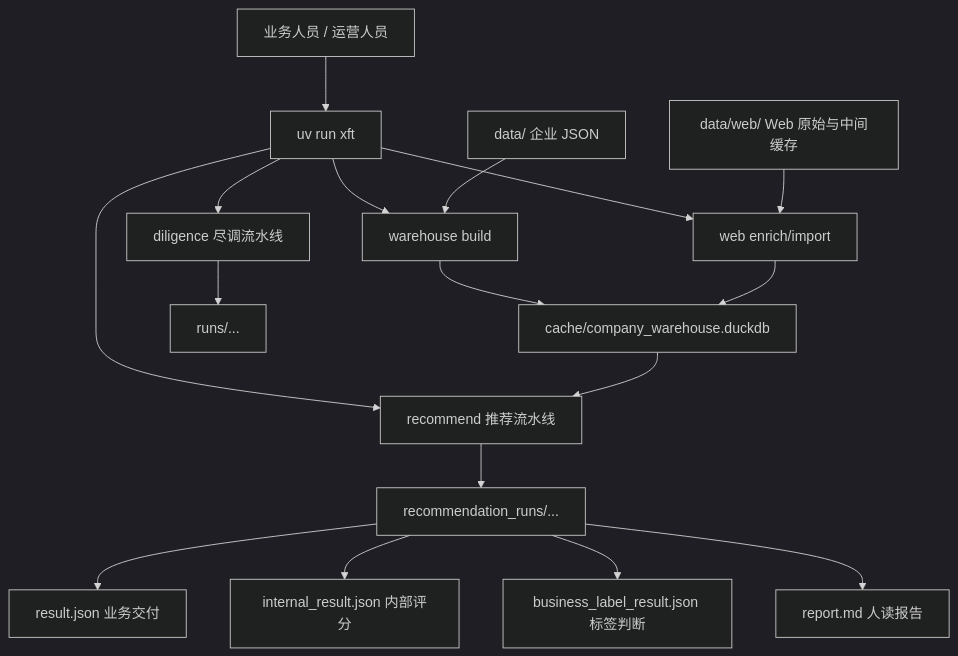
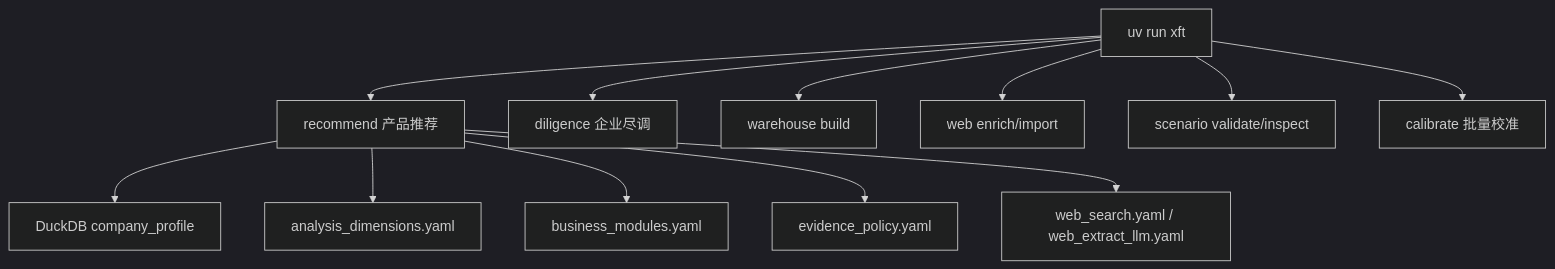
Before and after one commit to leeing/xft-dd: the first of 4 diagrams in docs/ARCHITECTURE.md, drawn with Mermaid (dark theme). The commit also changed other lines of this file and 42 other files, not shown here.

````diff
--- a/docs/ARCHITECTURE.md
+++ b/docs/ARCHITECTURE.md
@@ -21,24 +7,15 @@
 ```mermaid
 flowchart TB
-    user["业务人员 / 运营人员"] --> cli["uv run xft <command>"]
+    cli["uv run xft"] --> recommend["recommend 产品推荐"]
+    cli --> diligence["diligence 企业尽调"]
+    cli --> warehouse["warehouse build"]
+    cli --> web["web enrich/import"]
+    cli --> scenario["scenario validate/inspect"]
+    cli --> calibrate["calibrate 批量校准"]
 
-    cli --> wh["warehouse build"]
-    cli --> rec["recommend 推荐流水线"]
-    cli --> web["web enrich/import"]
-    cli --> dd["diligence 尽调流水线"]
-
-    data["data/ 企业 JSON"] --> wh
-    wh --> duck["cache/company_warehouse.duckdb"]
-
-    duck --> rec
-    web_cache["data/web/ Web 原始与中间缓存"] --> web
-    web --> duck
-
-    rec --> out["recommendation_runs/..."]
-    dd --> ddout["runs/..."]
-
-    out --> result["result.json 业务交付"]
-    out --> internal["internal_result.json 内部评分"]
-    out --> labels["business_label_result.json 标签判断"]
-    out --> report["report.md 人读报告"]
+    recommend --> wh["DuckDB company_profile"]
+    recommend --> dims["analysis_dimensions.yaml"]
+    recommend --> biz["business_modules.yaml"]
+    recommend --> evidence["evidence_policy.yaml"]
+    recommend --> webconf["web_search.yaml / web_extract_llm.yaml"]
 ```
````
